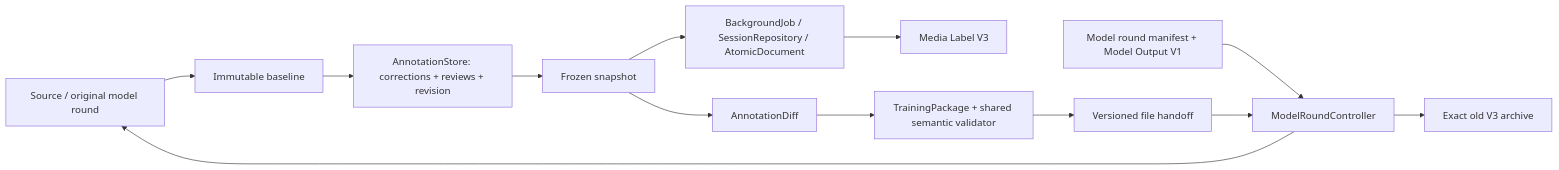
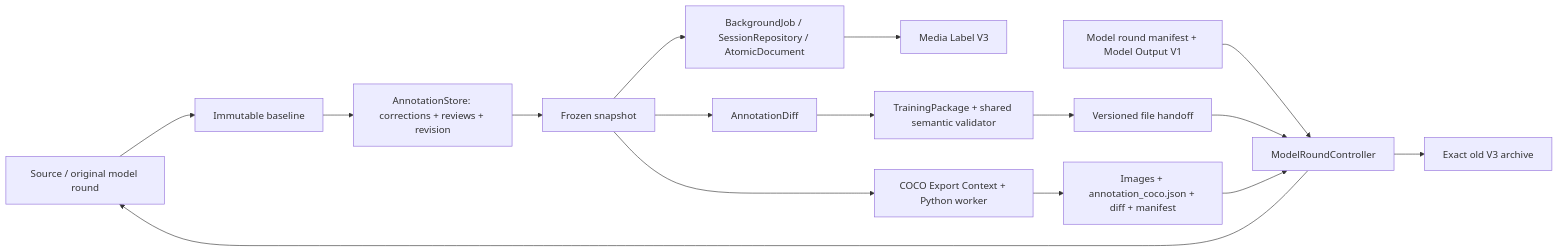
Before and after one commit to HZZ2Z/Automated-Annotation-System-Tool-Assignment6: the second of 2 diagrams in docs/architecture.md, drawn with Mermaid. The commit also changed other lines of this file and 496 other files, not shown here.

````diff
--- a/docs/architecture.md
+++ b/docs/architecture.md
@@ -408,15 +404,18 @@
 ```mermaid
 flowchart LR
     Source[Source / original model round] --> Baseline[Immutable baseline]
     Baseline --> Store[AnnotationStore: corrections + reviews + revision]
     Store --> Snapshot[Frozen snapshot]
     Snapshot --> Save[BackgroundJob / SessionRepository / AtomicDocument]
     Save --> V3[Media Label V3]
     Snapshot --> Diff[AnnotationDiff]
     Diff --> Package[TrainingPackage + shared semantic validator]
     Package --> Files[Versioned file handoff]
+    Snapshot --> Coco[COCO Export Context + Python worker]
+    Coco --> SelfContained[Images + annotation_coco.json + diff + manifest]
     Return[Model round manifest + Model Output V1] --> Rounds[ModelRoundController]
     Files --> Rounds
+    SelfContained --> Rounds
     Rounds --> Archive[Exact old V3 archive]
     Rounds --> Source
 ```
````
